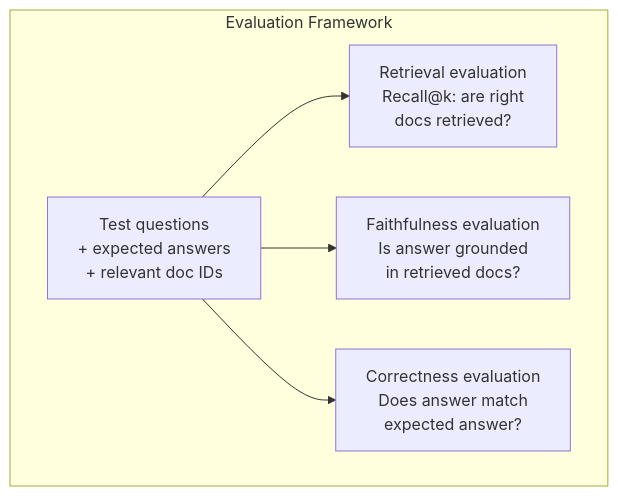
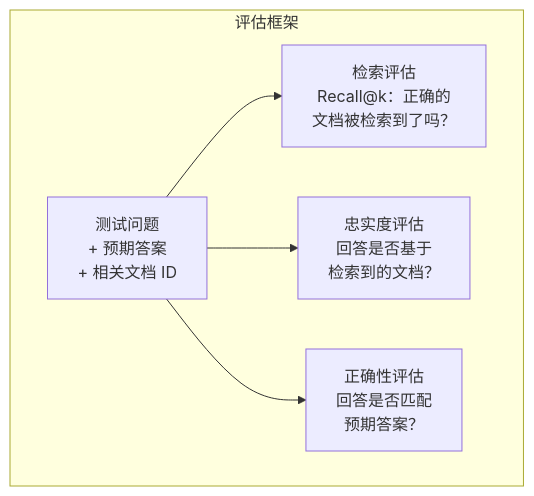
The third of 3 diagrams in phases/11-llm-engineering/07-advanced-rag/docs/zh.md (alessandrodinisio-ai/ai-engineering-learning-framework), drawn with Mermaid before and after one commit. The commit also changed other lines of this file and 120 other files, not shown here.

First line of the commit message:
i18n(mermaid): 337 个 mermaid 图表标签中文化

````diff
--- a/phases/11-llm-engineering/07-advanced-rag/docs/zh.md
+++ b/phases/11-llm-engineering/07-advanced-rag/docs/zh.md
@@ -163,9 +163,9 @@
 ```mermaid
 graph TD
-    subgraph "Evaluation Framework"
-        Q["Test questions<br/>+ expected answers<br/>+ relevant doc IDs"]
-        Q --> Ret["Retrieval evaluation<br/>Recall@k: are right<br/>docs retrieved?"]
-        Q --> Faith["Faithfulness evaluation<br/>Is answer grounded<br/>in retrieved docs?"]
-        Q --> Correct["Correctness evaluation<br/>Does answer match<br/>expected answer?"]
+    subgraph "评估框架"
+        Q["测试问题<br/>+ 预期答案<br/>+ 相关文档 ID"]
+        Q --> Ret["检索评估<br/>Recall@k：正确的<br/>文档被检索到了吗？"]
+        Q --> Faith["忠实度评估<br/>回答是否基于<br/>检索到的文档？"]
+        Q --> Correct["正确性评估<br/>回答是否匹配<br/>预期答案？"]
     end
 ```
````
